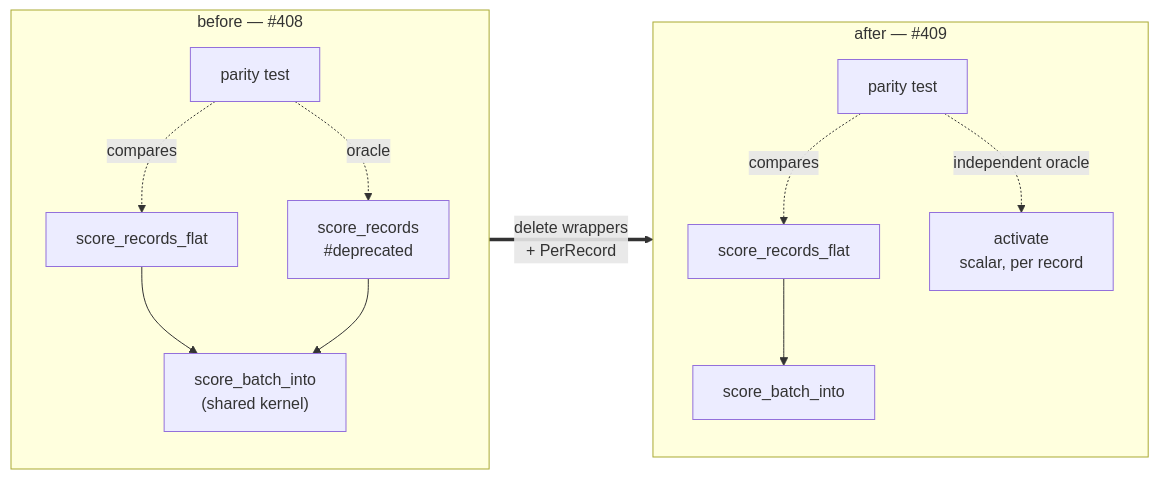
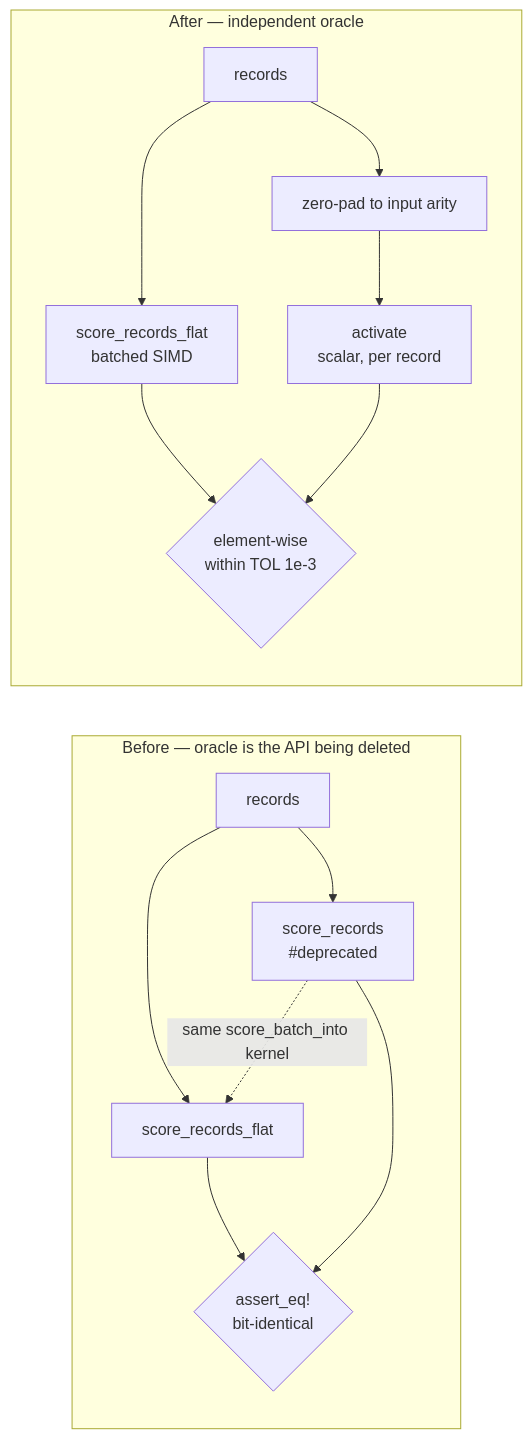
The diagram in docs/archive/pr-summaries/pr-summary-409.md (stSoftwareAU/NEAT-AI-core), drawn with Mermaid before and after one commit. The commit also changed other lines of this file, not shown here.

First line of the commit message:
docs: add PR summary for the deprecated-scoring-wrapper removal (Issue #409)

````diff
--- a/docs/archive/pr-summaries/pr-summary-409.md
+++ b/docs/archive/pr-summaries/pr-summary-409.md
@@ -61,15 +55,16 @@
 ```mermaid
 flowchart LR
-    subgraph BEFORE["before — #408"]
-        A["score_records_flat"] --> K["score_batch_into<br/>(shared kernel)"]
-        B["score_records<br/>#deprecated"] --> K
-        T1["parity test"] -.->|"compares"| A
-        T1 -.->|"oracle"| B
+    subgraph Before["Before — oracle is the API being deleted"]
+        R1[records] --> A1["score_records_flat"]
+        R1 --> B1["score_records<br/>#deprecated"]
+        A1 --> C1{"assert_eq!<br/>bit-identical"}
+        B1 --> C1
+        B1 -.->|"same score_batch_into kernel"| A1
     end
-    subgraph AFTER["after — #409"]
-        A2["score_records_flat"] --> K2["score_batch_into"]
-        T2["parity test"] -.->|"compares"| A2
-        T2 -.->|"independent oracle"| R["activate<br/>scalar, per record"]
+    subgraph After["After — independent oracle"]
+        R2[records] --> A2["score_records_flat<br/>batched SIMD"]
+        R2 --> P["zero-pad to input arity"] --> B2["activate<br/>scalar, per record"]
+        A2 --> C2{"element-wise<br/>within TOL 1e-3"}
+        B2 --> C2
     end
-    BEFORE ==>|"delete wrappers<br/>+ PerRecord"| AFTER
 ```
````
